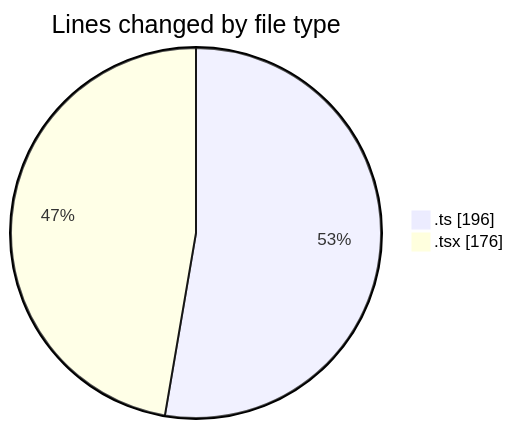
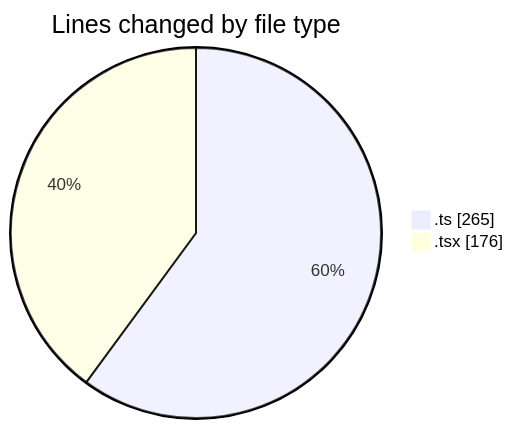
One commit to robertbonfada/code-tracking changed the first of 2 diagrams in 2025-02-18/nre-mbc-frontend/README.md. Above: the diagram before and after it, drawn with Mermaid. The commit also changed other lines of this file and 2 other files, not shown here.

````diff
--- a/2025-02-18/nre-mbc-frontend/README.md
+++ b/2025-02-18/nre-mbc-frontend/README.md
@@ -21,6 +22,6 @@
 ```mermaid
 pie showData
 title Lines changed by file type
-".ts" : 196
+".ts" : 265
 ".tsx" : 176
 ```
````
